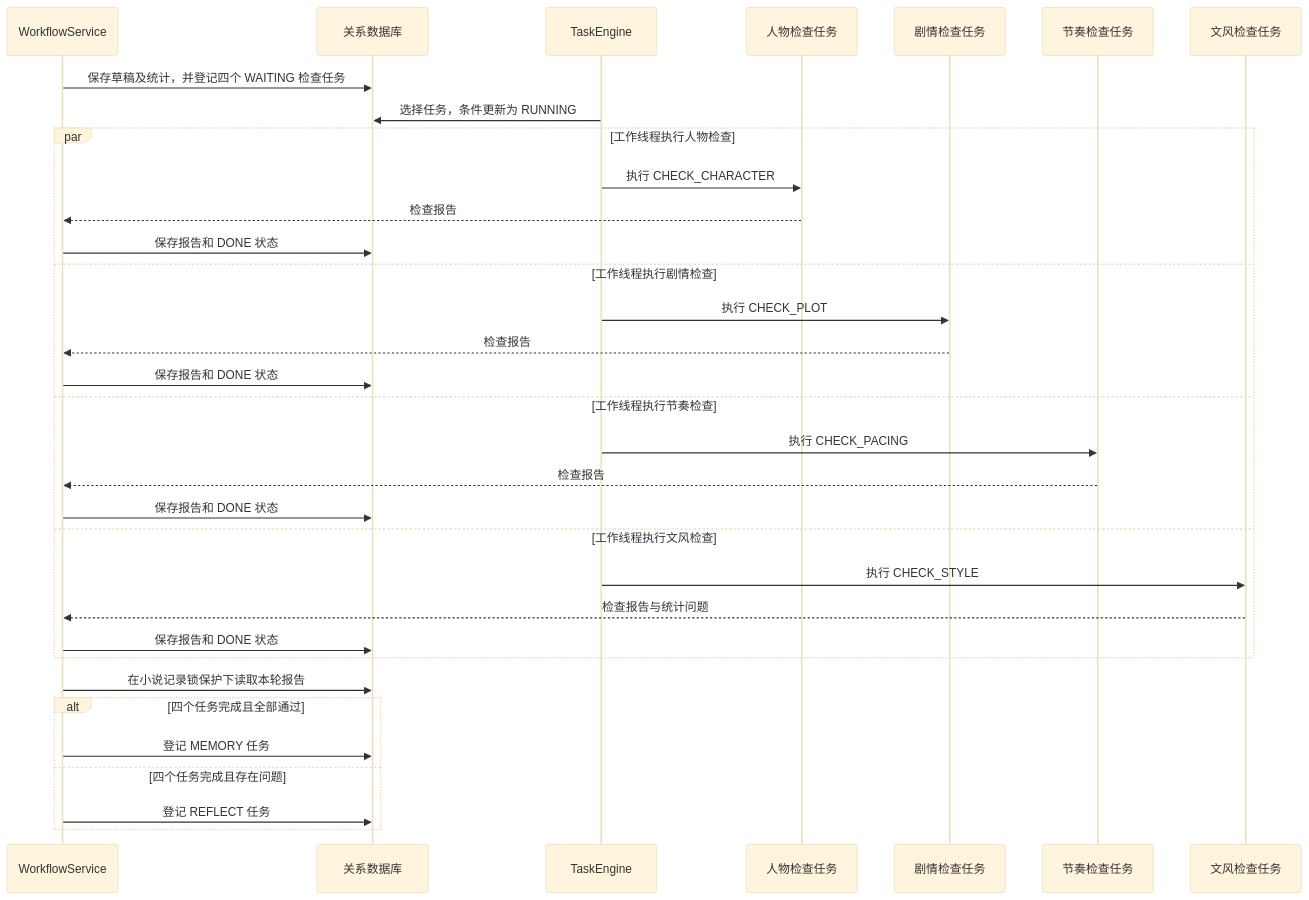
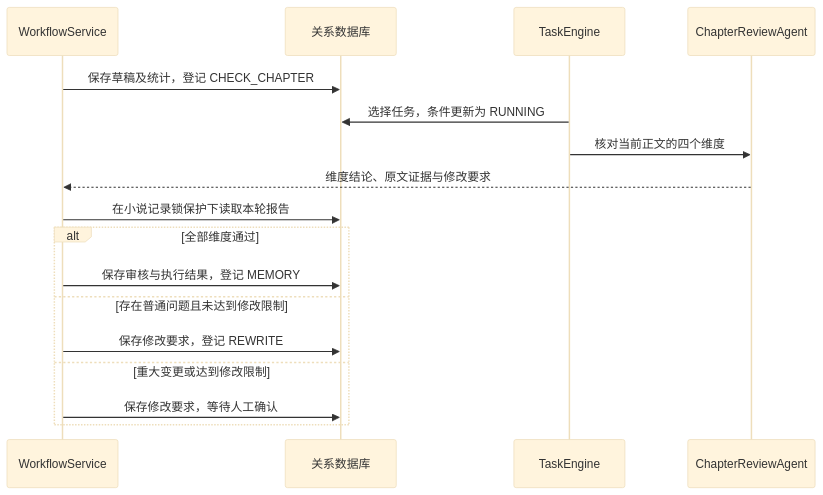
The ninth of 11 diagrams in README.md (ccii1/novel-agent), drawn with Mermaid (base theme) before and after one commit. The commit also changed other lines of this file and 4 other files, not shown here.

Commit message:
Sync workflow documentation with consolidated agent orchestration

````diff
--- a/README.md
+++ b/README.md
@@ -395,35 +395,19 @@
 ```mermaid
 sequenceDiagram
     participant Workflow as WorkflowService
     participant DB as 关系数据库
     participant Engine as TaskEngine
-    participant Character as 人物检查任务
-    participant Plot as 剧情检查任务
-    participant Pacing as 节奏检查任务
-    participant Style as 文风检查任务
-    Workflow->>DB: 保存草稿及统计，并登记四个 WAITING 检查任务
+    participant Review as ChapterReviewAgent
+    Workflow->>DB: 保存草稿及统计，登记 CHECK_CHAPTER
     Engine->>DB: 选择任务，条件更新为 RUNNING
-    par 工作线程执行人物检查
-        Engine->>Character: 执行 CHECK_CHARACTER
-        Character-->>Workflow: 检查报告
-        Workflow->>DB: 保存报告和 DONE 状态
-    and 工作线程执行剧情检查
-        Engine->>Plot: 执行 CHECK_PLOT
-        Plot-->>Workflow: 检查报告
-        Workflow->>DB: 保存报告和 DONE 状态
-    and 工作线程执行节奏检查
-        Engine->>Pacing: 执行 CHECK_PACING
-        Pacing-->>Workflow: 检查报告
-        Workflow->>DB: 保存报告和 DONE 状态
-    and 工作线程执行文风检查
-        Engine->>Style: 执行 CHECK_STYLE
-        Style-->>Workflow: 检查报告与统计问题
-        Workflow->>DB: 保存报告和 DONE 状态
-    end
+    Engine->>Review: 核对当前正文的四个维度
+    Review-->>Workflow: 维度结论、原文证据与修改要求
     Workflow->>DB: 在小说记录锁保护下读取本轮报告
-    alt 四个任务完成且全部通过
-        Workflow->>DB: 登记 MEMORY 任务
-    else 四个任务完成且存在问题
-        Workflow->>DB: 登记 REFLECT 任务
+    alt 全部维度通过
+        Workflow->>DB: 保存审核与执行结果，登记 MEMORY
+    else 存在普通问题且未达到修改限制
+        Workflow->>DB: 保存修改要求，登记 REWRITE
+    else 重大变更或达到修改限制
+        Workflow->>DB: 保存修改要求，等待人工确认
     end
 ```
````
